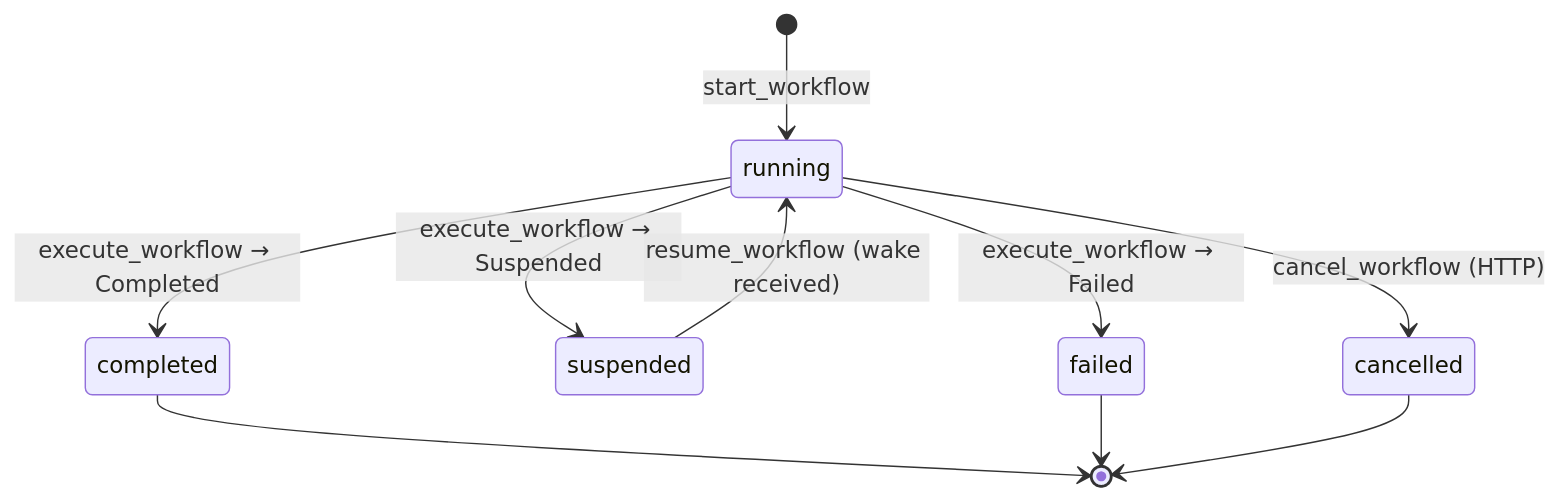
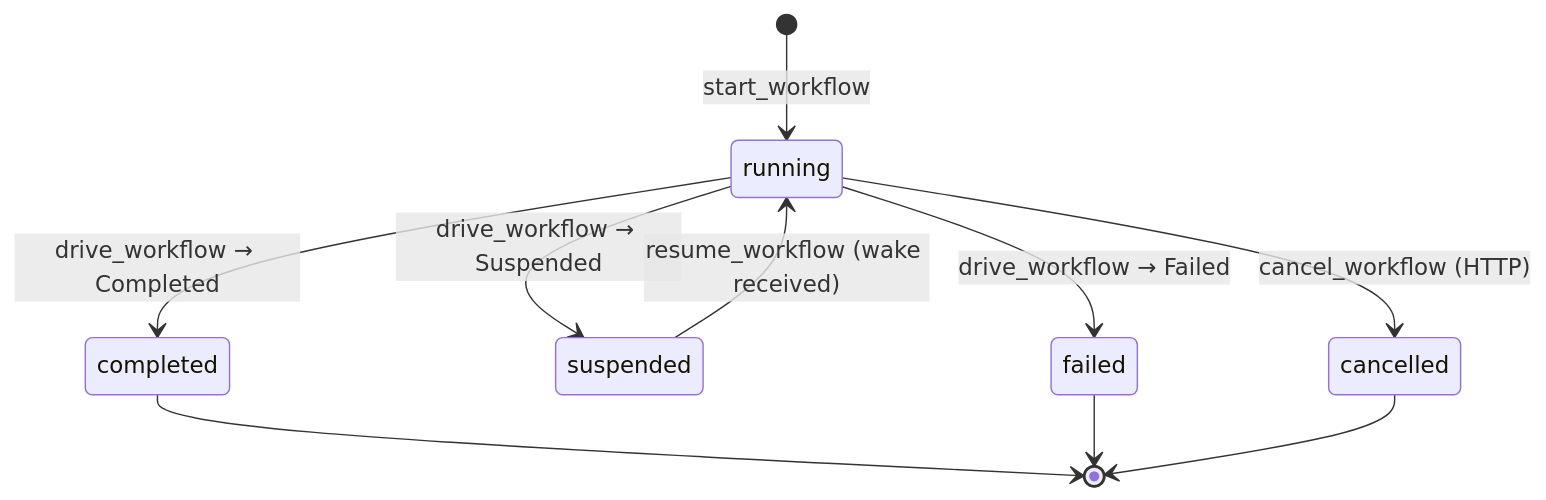
One commit to BaaSForge/baasforge-runtime-actix changed the fourth of 4 diagrams in docs/workflow-internals.md. Above: the diagram before and after it, drawn with Mermaid. The commit also changed other lines of this file and 2 other files, not shown here.

First line of the commit message:
refactor: rename execute_workflow to drive_workflow for clarity and consistency

````diff
--- a/docs/workflow-internals.md
+++ b/docs/workflow-internals.md
@@ -264,12 +264,12 @@
 ```mermaid
 stateDiagram-v2
     [*] --> running : start_workflow
-    running --> completed : execute_workflow → Completed
-    running --> suspended : execute_workflow → Suspended
-    running --> failed : execute_workflow → Failed
+    running --> completed : drive_workflow → Completed
+    running --> suspended : drive_workflow → Suspended
+    running --> failed : drive_workflow → Failed
     suspended --> running : resume_workflow (wake received)
     running --> cancelled : cancel_workflow (HTTP)
     completed --> [*]
     failed --> [*]
     cancelled --> [*]
 ```
````
